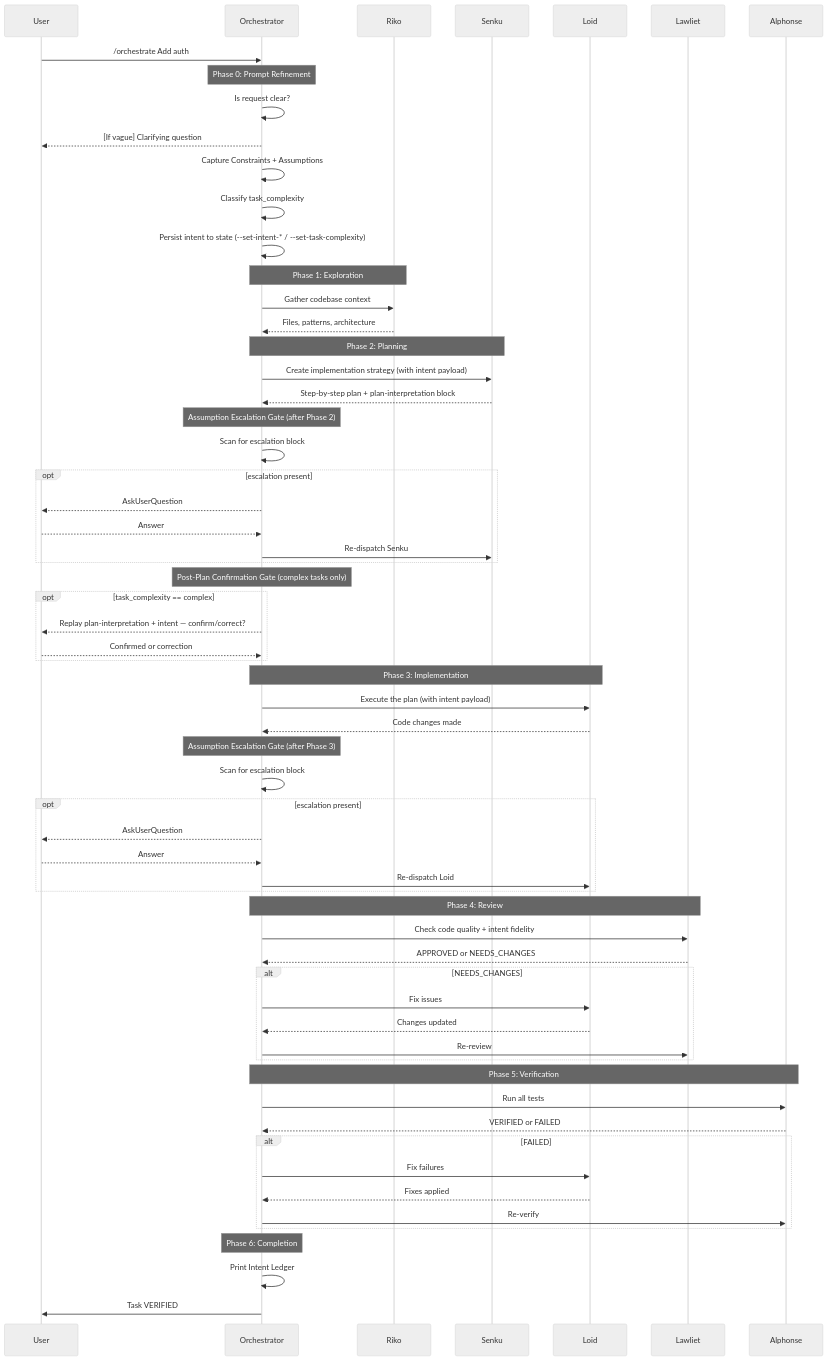
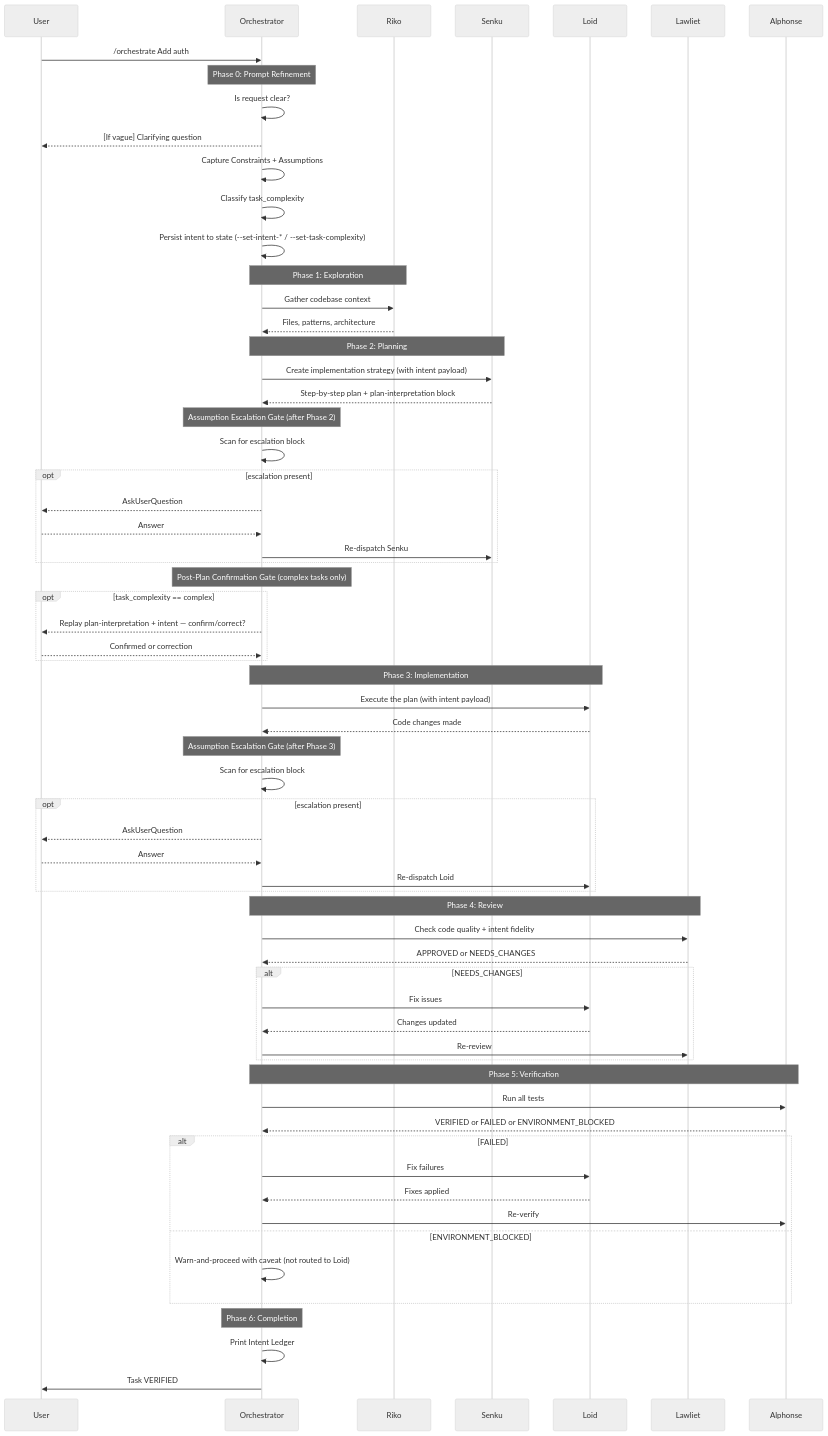
The diagram in docs/guides/using-orchestrate.md (josix/agent-flow), drawn with Mermaid (neutral theme) before and after one commit. The commit also changed other lines of this file and 22 other files, not shown here.

````diff
--- a/docs/guides/using-orchestrate.md
+++ b/docs/guides/using-orchestrate.md
@@ -48,77 +48,79 @@
 ```mermaid
 sequenceDiagram
     participant U as User
     participant O as Orchestrator
     participant R as Riko
     participant S as Senku
     participant L as Loid
     participant LW as Lawliet
     participant A as Alphonse
 
     U->>O: /orchestrate Add auth
 
     Note over O: Phase 0: Prompt Refinement
     O->>O: Is request clear?
     O-->>U: [If vague] Clarifying question
     O->>O: Capture Constraints + Assumptions
     O->>O: Classify task_complexity
     O->>O: Persist intent to state (--set-intent-* / --set-task-complexity)
 
     Note over O,R: Phase 1: Exploration
     O->>R: Gather codebase context
     R-->>O: Files, patterns, architecture
 
     Note over O,S: Phase 2: Planning
     O->>S: Create implementation strategy (with intent payload)
     S-->>O: Step-by-step plan + plan-interpretation block
 
     Note over O: Assumption Escalation Gate (after Phase 2)
     O->>O: Scan for escalation block
     opt escalation present
         O-->>U: AskUserQuestion
         U-->>O: Answer
         O->>S: Re-dispatch Senku
     end
 
     Note over O: Post-Plan Confirmation Gate (complex tasks only)
     opt task_complexity == complex
         O-->>U: Replay plan-interpretation + intent — confirm/correct?
         U-->>O: Confirmed or correction
     end
 
     Note over O,L: Phase 3: Implementation
     O->>L: Execute the plan (with intent payload)
     L-->>O: Code changes made
 
     Note over O: Assumption Escalation Gate (after Phase 3)
     O->>O: Scan for escalation block
     opt escalation present
         O-->>U: AskUserQuestion
         U-->>O: Answer
         O->>L: Re-dispatch Loid
     end
 
     Note over O,LW: Phase 4: Review
     O->>LW: Check code quality + intent fidelity
     LW-->>O: APPROVED or NEEDS_CHANGES
 
     alt NEEDS_CHANGES
         O->>L: Fix issues
         L-->>O: Changes updated
         O->>LW: Re-review
     end
 
     Note over O,A: Phase 5: Verification
     O->>A: Run all tests
-    A-->>O: VERIFIED or FAILED
+    A-->>O: VERIFIED or FAILED or ENVIRONMENT_BLOCKED
 
     alt FAILED
         O->>L: Fix failures
         L-->>O: Fixes applied
         O->>A: Re-verify
+    else ENVIRONMENT_BLOCKED
+        O->>O: Warn-and-proceed with caveat (not routed to Loid)
     end
 
     Note over O: Phase 6: Completion
     O->>O: Print Intent Ledger
     O->>U: Task VERIFIED
 ```
````
